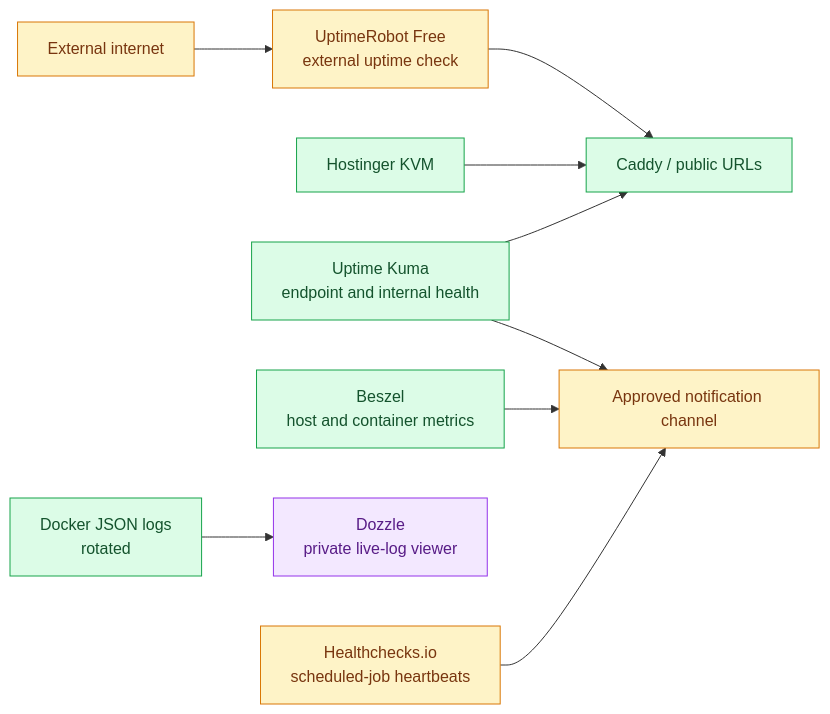
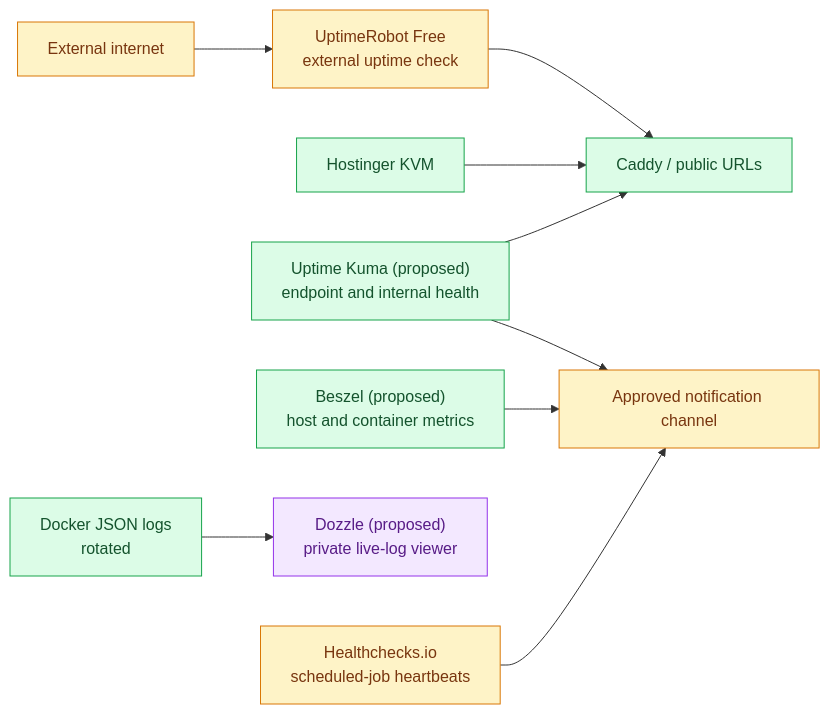
Before and after one commit to architsangal/AteThat: the ninth of 10 diagrams in docs/ARCHITECTURE_VISUAL_SUMMARY.md, drawn with Mermaid. The commit also changed other lines of this file and 20 other files, not shown here.

Commit message:
docs: reconcile released phases and phase three roadmap

````diff
--- a/docs/ARCHITECTURE_VISUAL_SUMMARY.md
+++ b/docs/ARCHITECTURE_VISUAL_SUMMARY.md
@@ -257,28 +259,28 @@
 ```mermaid
 flowchart LR
     Internet[External internet]
     UR[UptimeRobot Free<br/>external uptime check]
     KVM[Hostinger KVM]
     Caddy[Caddy / public URLs]
-    Kuma[Uptime Kuma<br/>endpoint and internal health]
-    Beszel[Beszel<br/>host and container metrics]
+    Kuma["Uptime Kuma (proposed)<br/>endpoint and internal health"]
+    Beszel["Beszel (proposed)<br/>host and container metrics"]
     Docker[Docker JSON logs<br/>rotated]
-    Dozzle[Dozzle<br/>private live-log viewer]
+    Dozzle["Dozzle (proposed)<br/>private live-log viewer"]
     HC[Healthchecks.io<br/>scheduled-job heartbeats]
     Alert[Approved notification channel]
 
     Internet --> UR --> Caddy
     KVM --> Caddy
     Kuma --> Caddy
     Kuma --> Alert
     Beszel --> Alert
     Docker --> Dozzle
     HC --> Alert
 
     classDef external fill:#fef3c7,stroke:#d97706,color:#78350f
     classDef local fill:#dcfce7,stroke:#16a34a,color:#14532d
     classDef private fill:#f3e8ff,stroke:#9333ea,color:#581c87
     class Internet,UR,HC,Alert external
     class KVM,Caddy,Kuma,Beszel,Docker local
     class Dozzle private
 ```
````
